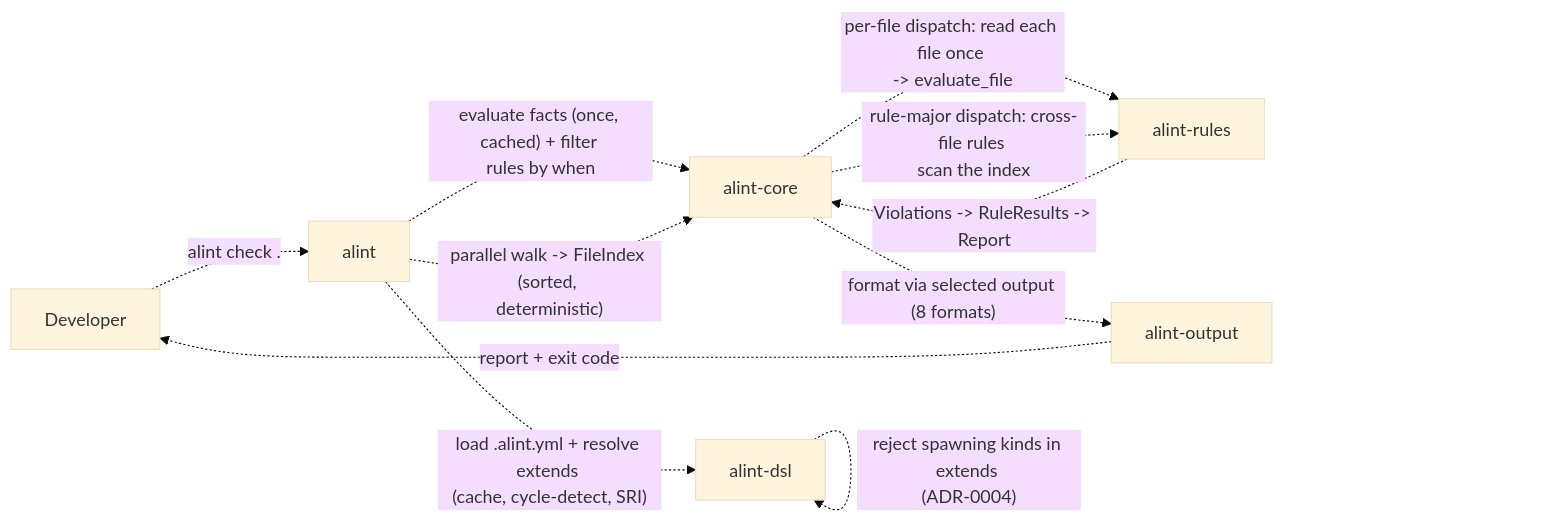
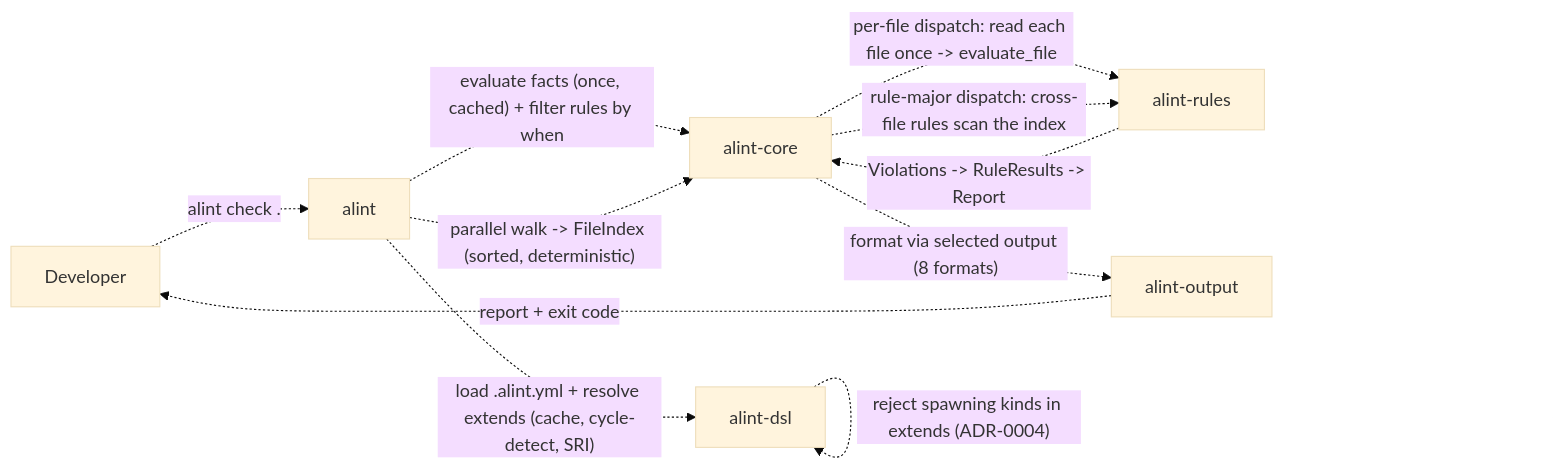
One commit to actions-marketplace-validations/asamarts_alint changed the fifth of 27 diagrams in docs/design/architecture/DIAGRAMS.md. Above: the diagram before and after it, drawn with Mermaid (base theme). The commit also changed other lines of this file and 19 other files, not shown here.

````diff
--- a/docs/design/architecture/DIAGRAMS.md
+++ b/docs/design/architecture/DIAGRAMS.md
@@ -159,25 +155,19 @@
 ```mermaid
 graph LR
   Dev["Developer"]
   AlintCliAlintBin["alint"]
   AlintCliDsl["alint-dsl"]
   AlintCliCore["alint-core"]
   AlintCliRules["alint-rules"]
   AlintCliOutput["alint-output"]
   Dev -. "`alint check .`" .-> AlintCliAlintBin
-  AlintCliAlintBin -. "`load .alint.yml + resolve extends 
-(cache, cycle-detect, SRI)`" .-> AlintCliDsl
-  AlintCliDsl -. "`reject spawning kinds in extends 
-(ADR-0004)`" .-> AlintCliDsl
-  AlintCliAlintBin -. "`evaluate facts (once, cached) + filter 
-rules by when`" .-> AlintCliCore
-  AlintCliAlintBin -. "`parallel walk -> FileIndex (sorted, 
-deterministic)`" .-> AlintCliCore
-  AlintCliCore -. "`per-file dispatch: read each file once 
--> evaluate_file`" .-> AlintCliRules
-  AlintCliCore -. "`rule-major dispatch: cross-file rules 
-scan the index`" .-> AlintCliRules
+  AlintCliAlintBin -. "`load .alint.yml + resolve extends (cache, cycle-detect, SRI)`" .-> AlintCliDsl
+  AlintCliDsl -. "`reject spawning kinds in extends (ADR-0004)`" .-> AlintCliDsl
+  AlintCliAlintBin -. "`evaluate facts (once, cached) + filter rules by when`" .-> AlintCliCore
+  AlintCliAlintBin -. "`parallel walk -> FileIndex (sorted, deterministic)`" .-> AlintCliCore
+  AlintCliCore -. "`per-file dispatch: read each file once -> evaluate_file`" .-> AlintCliRules
+  AlintCliCore -. "`rule-major dispatch: cross-file rules scan the index`" .-> AlintCliRules
   AlintCliRules -. "`Violations -> RuleResults -> Report`" .-> AlintCliCore
   AlintCliCore -. "`format via selected output (8 formats)`" .-> AlintCliOutput
   AlintCliOutput -. "`report + exit code`" .-> Dev
 ```
````
